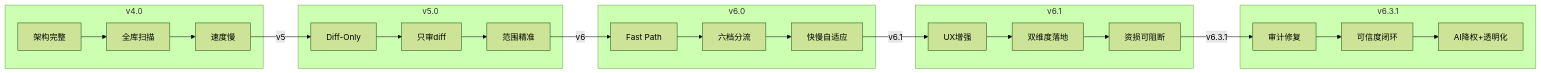
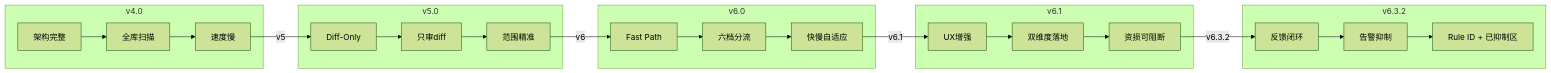
Before and after one commit to Rlkka2/Hermes-Fullstack-review-skill: the third of 3 diagrams in BENCHMARK.md, drawn with Mermaid (forest theme). The commit also changed other lines of this file and 5 other files, not shown here.

````diff
--- a/BENCHMARK.md
+++ b/BENCHMARK.md
@@ -48,27 +49,27 @@
 ```mermaid
 graph LR
     subgraph v4.0
         A1[架构完整] --> A2[全库扫描]
         A2 --> A3[速度慢]
     end
     subgraph v5.0
         B1[Diff-Only] --> B2[只审diff]
         B2 --> B3[范围精准]
     end
     subgraph v6.0
         C1[Fast Path] --> C2[六档分流]
         C2 --> C3[快慢自适应]
     end
     subgraph v6.1
         D1[UX增强] --> D2[双维度落地]
         D2 --> D3[资损可阻断]
     end
-    subgraph v6.3.1
-        E1[审计修复] --> E2[可信度闭环]
-        E2 --> E3[AI降权+透明化]
+    subgraph v6.3.2
+        E1[反馈闭环] --> E2[告警抑制]
+        E2 --> E3[Rule ID + 已抑制区]
     end
     A3 -->|v5| B1
     B3 -->|v6| C1
     C3 -->|v6.1| D1
-    D3 -->|v6.3.1| E1
+    D3 -->|v6.3.2| E1
 ```
````
